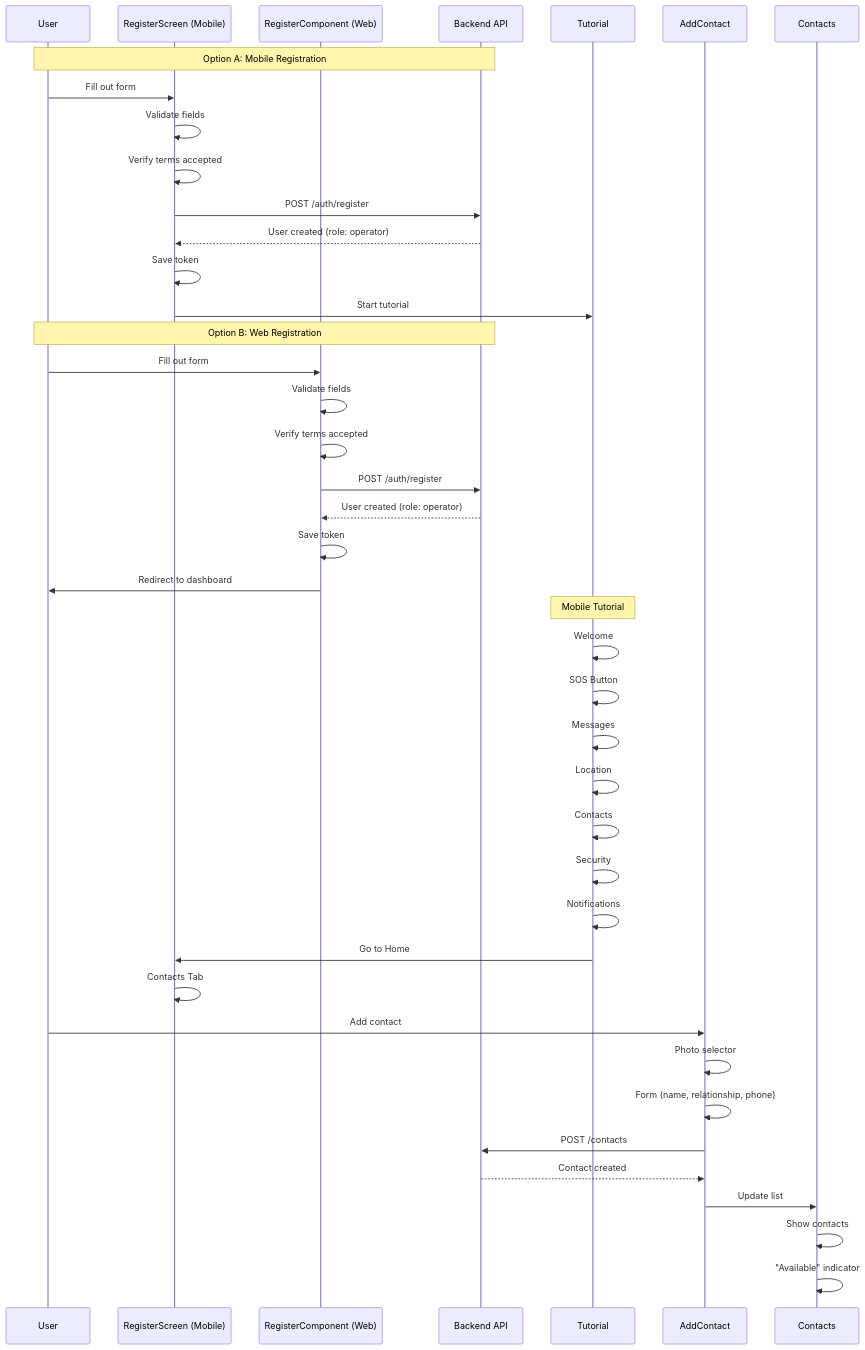
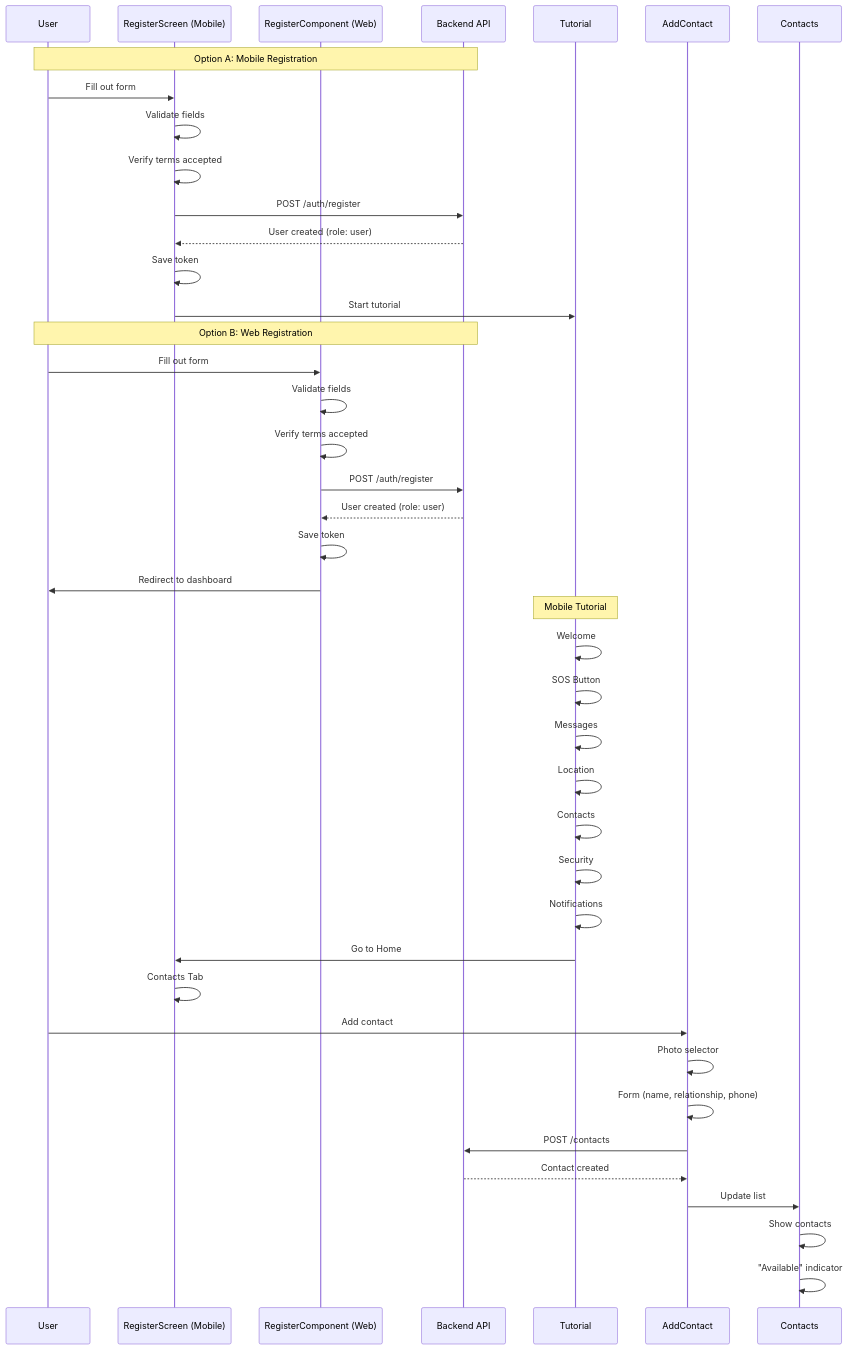
The second of 3 diagrams in 12-ux-ui/navigation-map.md (code-sena/wal-docs), drawn with Mermaid before and after one commit. The commit also changed other lines of this file and 14 other files, not shown here.

Commit message:
docs: update governance, architecture, data models, and UX-UI specifications

````diff
--- a/12-ux-ui/navigation-map.md
+++ b/12-ux-ui/navigation-map.md
@@ -238,48 +238,48 @@
 ```mermaid
 sequenceDiagram
     participant U as User
     participant RM as RegisterScreen (Mobile)
     participant RC as RegisterComponent (Web)
     participant API as Backend API
     participant T as Tutorial
     participant AC as AddContact
     participant C as Contacts
 
     Note over U,API: Option A: Mobile Registration
     U->>RM: Fill out form
     RM->>RM: Validate fields
     RM->>RM: Verify terms accepted
     RM->>API: POST /auth/register
-    API-->>RM: User created (role: operator)
+    API-->>RM: User created (role: user)
     RM->>RM: Save token
     RM->>T: Start tutorial
 
     Note over U,API: Option B: Web Registration
     U->>RC: Fill out form
     RC->>RC: Validate fields
     RC->>RC: Verify terms accepted
     RC->>API: POST /auth/register
-    API-->>RC: User created (role: operator)
+    API-->>RC: User created (role: user)
     RC->>RC: Save token
     RC->>U: Redirect to dashboard
 
     Note over T: Mobile Tutorial
     T->>T: Welcome
     T->>T: SOS Button
     T->>T: Messages
     T->>T: Location
     T->>T: Contacts
     T->>T: Security
     T->>T: Notifications
     T->>RM: Go to Home
 
     RM->>RM: Contacts Tab
     U->>AC: Add contact
     AC->>AC: Photo selector
     AC->>AC: Form (name, relationship, phone)
     AC->>API: POST /contacts
     API-->>AC: Contact created
     AC->>C: Update list
     C->>C: Show contacts
     C->>C: "Available" indicator
 ```
````
